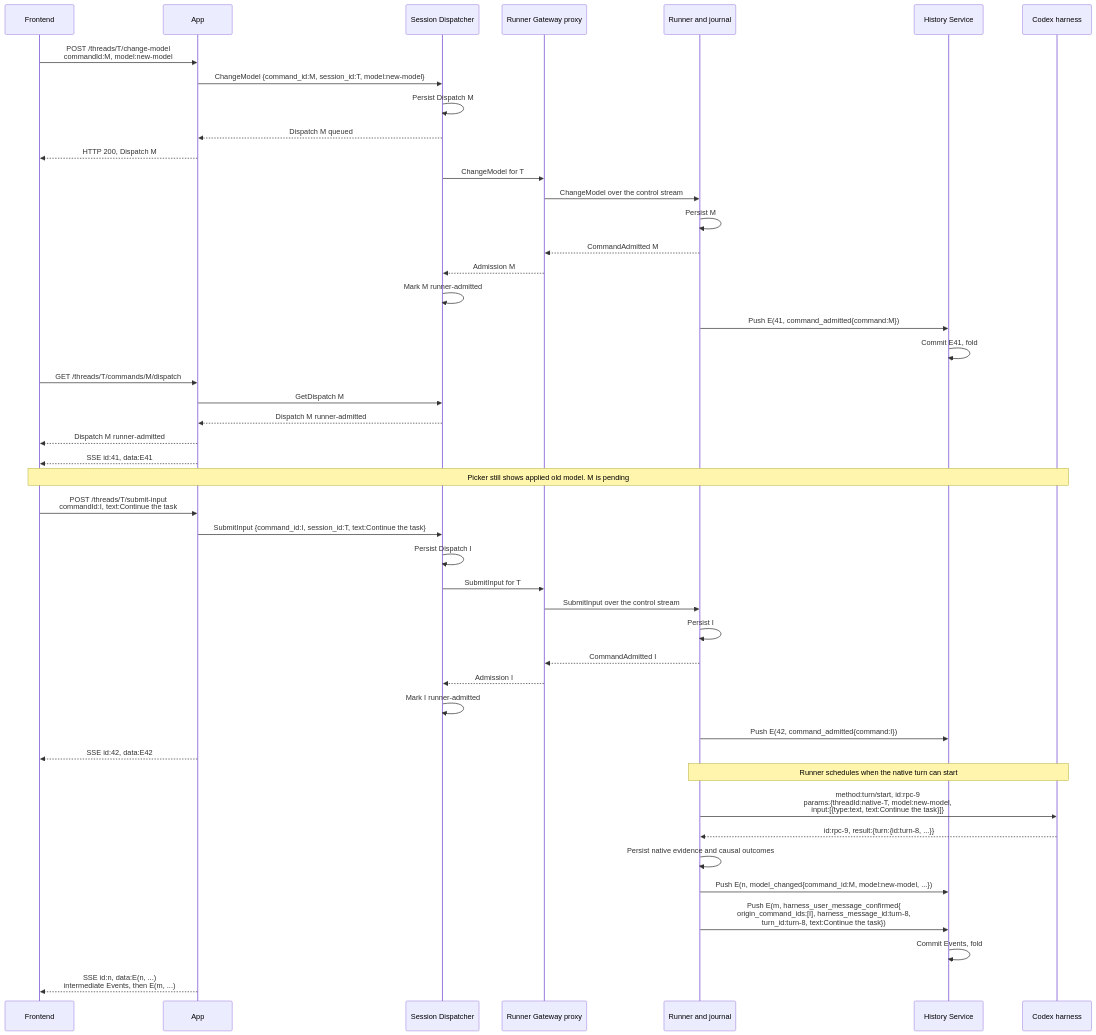
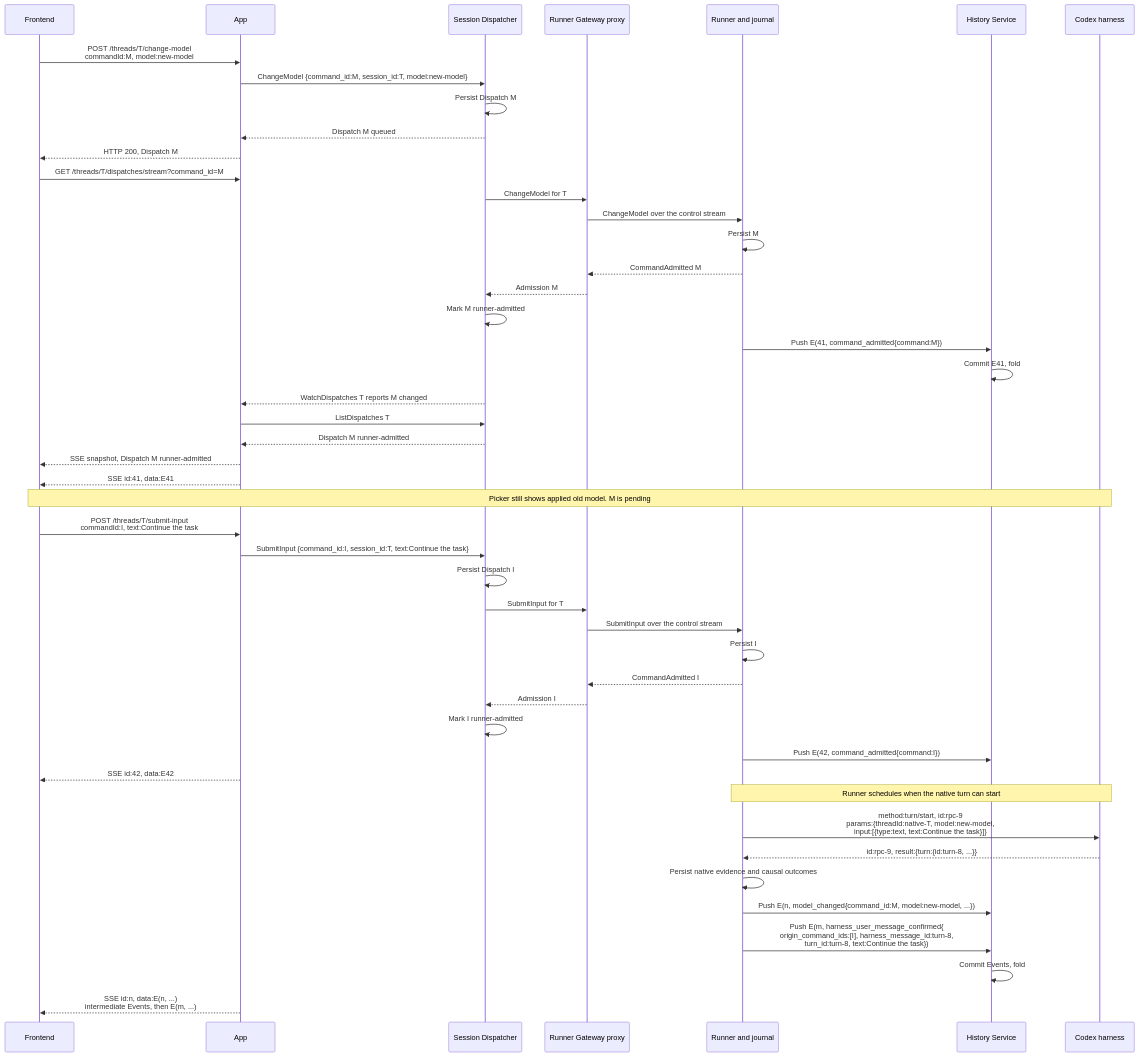
One commit to agentydragon-agent/ducktape changed the second of 5 diagrams in agentplane/docs/thread_layering.md. Above: the diagram before and after it, drawn with Mermaid. The commit also changed other lines of this file and 18 other files, not shown here.

````diff
--- a/agentplane/docs/thread_layering.md
+++ b/agentplane/docs/thread_layering.md
@@ -293,48 +293,49 @@
 ```mermaid
 sequenceDiagram
     participant F as Frontend
     participant A as App
     participant SD as Session Dispatcher
     participant G as Runner Gateway proxy
     participant R as Runner and journal
     participant HS as History Service
     participant H as Codex harness
     F->>A: POST /threads/T/change-model<br/>commandId:M, model:new-model
     A->>SD: ChangeModel {command_id:M, session_id:T, model:new-model}
     SD->>SD: Persist Dispatch M
     SD-->>A: Dispatch M queued
     A-->>F: HTTP 200, Dispatch M
+    F->>A: GET /threads/T/dispatches/stream?command_id=M
     SD->>G: ChangeModel for T
     G->>R: ChangeModel over the control stream
     R->>R: Persist M
     R-->>G: CommandAdmitted M
     G-->>SD: Admission M
     SD->>SD: Mark M runner-admitted
     R->>HS: Push E(41, command_admitted{command:M})
     HS->>HS: Commit E41, fold
-    F->>A: GET /threads/T/commands/M/dispatch
-    A->>SD: GetDispatch M
+    SD-->>A: WatchDispatches T reports M changed
+    A->>SD: ListDispatches T
     SD-->>A: Dispatch M runner-admitted
-    A-->>F: Dispatch M runner-admitted
+    A-->>F: SSE snapshot, Dispatch M runner-admitted
     A-->>F: SSE id:41, data:E41
     Note over F,H: Picker still shows applied old model. M is pending
     F->>A: POST /threads/T/submit-input<br/>commandId:I, text:Continue the task
     A->>SD: SubmitInput {command_id:I, session_id:T, text:Continue the task}
     SD->>SD: Persist Dispatch I
     SD->>G: SubmitInput for T
     G->>R: SubmitInput over the control stream
     R->>R: Persist I
     R-->>G: CommandAdmitted I
     G-->>SD: Admission I
     SD->>SD: Mark I runner-admitted
     R->>HS: Push E(42, command_admitted{command:I})
     A-->>F: SSE id:42, data:E42
     Note over R,H: Runner schedules when the native turn can start
     R->>H: method:turn/start, id:rpc-9<br/>params:{threadId:native-T, model:new-model,<br/>input:[{type:text, text:Continue the task}]}
     H-->>R: id:rpc-9, result:{turn:{id:turn-8, ...}}
     R->>R: Persist native evidence and causal outcomes
     R->>HS: Push E(n, model_changed{command_id:M, model:new-model, ...})
     R->>HS: Push E(m, harness_user_message_confirmed{<br/>origin_command_ids:[I], harness_message_id:turn-8,<br/>turn_id:turn-8, text:Continue the task})
     HS->>HS: Commit Events, fold
     A-->>F: SSE id:n, data:E(n, ...)<br/>intermediate Events, then E(m, ...)
 ```
````
